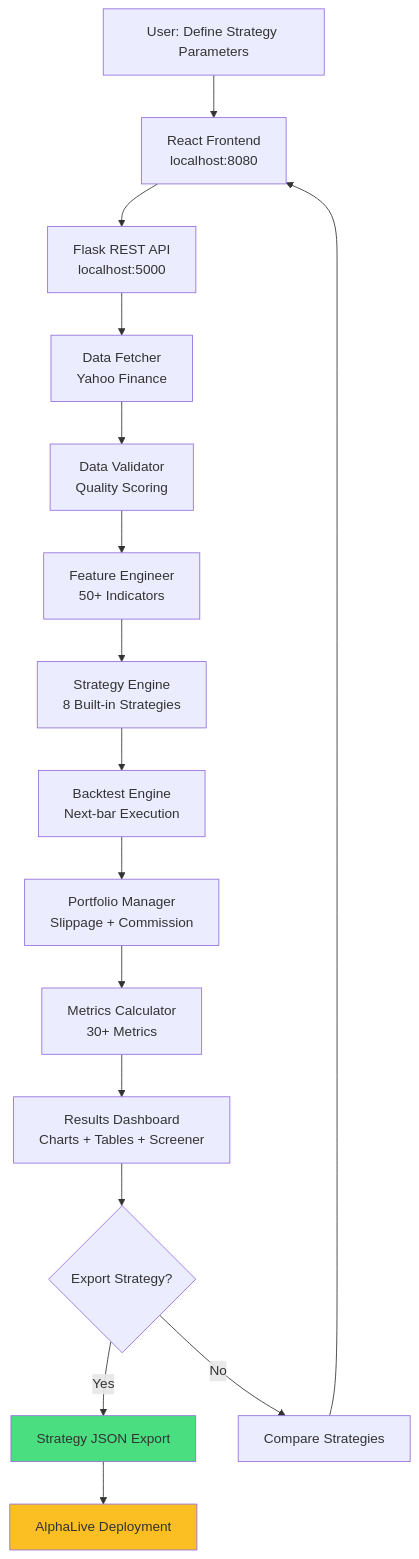
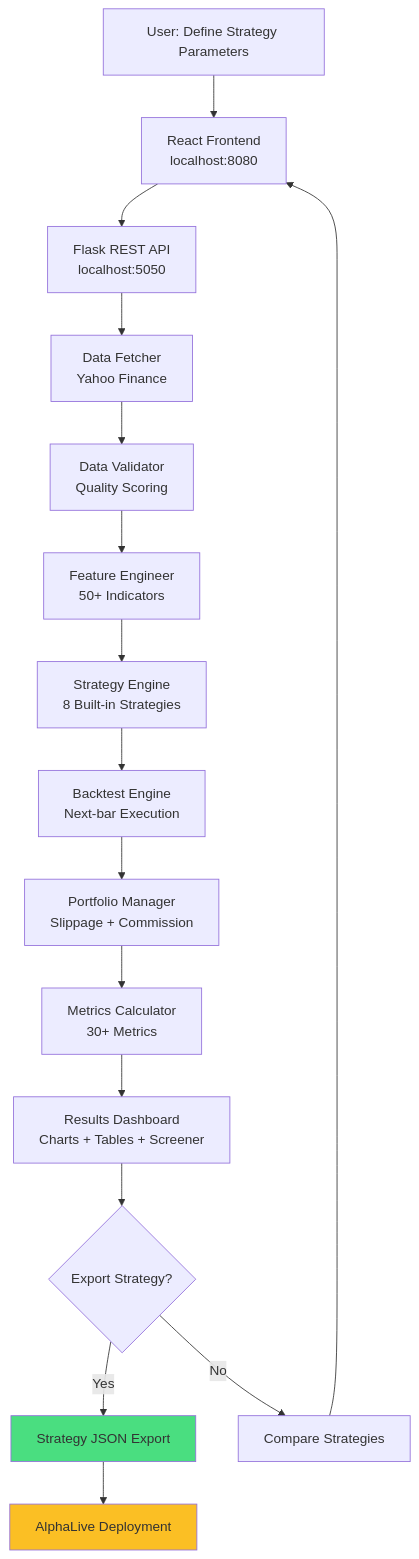
One commit to bernardoguterres/AlphaLab changed the diagram in README.md. Above: the diagram before and after it, drawn with Mermaid. The commit also changed other lines of this file and 1 other file, not shown here.

````diff
--- a/README.md
+++ b/README.md
@@ -11,21 +11,21 @@
 ```mermaid
 flowchart TD
     A[User: Define Strategy Parameters] --> B[React Frontend<br/>localhost:8080]
-    B --> C[Flask REST API<br/>localhost:5000]
+    B --> C[Flask REST API<br/>localhost:5050]
     C --> D[Data Fetcher<br/>Yahoo Finance]
     D --> E[Data Validator<br/>Quality Scoring]
     E --> F[Feature Engineer<br/>50+ Indicators]
     F --> G[Strategy Engine<br/>8 Built-in Strategies]
     G --> H[Backtest Engine<br/>Next-bar Execution]
     H --> I[Portfolio Manager<br/>Slippage + Commission]
     I --> J[Metrics Calculator<br/>30+ Metrics]
     J --> K[Results Dashboard<br/>Charts + Tables + Screener]
     K --> L{Export Strategy?}
     L -->|Yes| M[Strategy JSON Export]
     M --> N[AlphaLive Deployment]
     L -->|No| O[Compare Strategies]
     O --> B
     
     style M fill:#4ade80
     style N fill:#fbbf24
 ```
````
